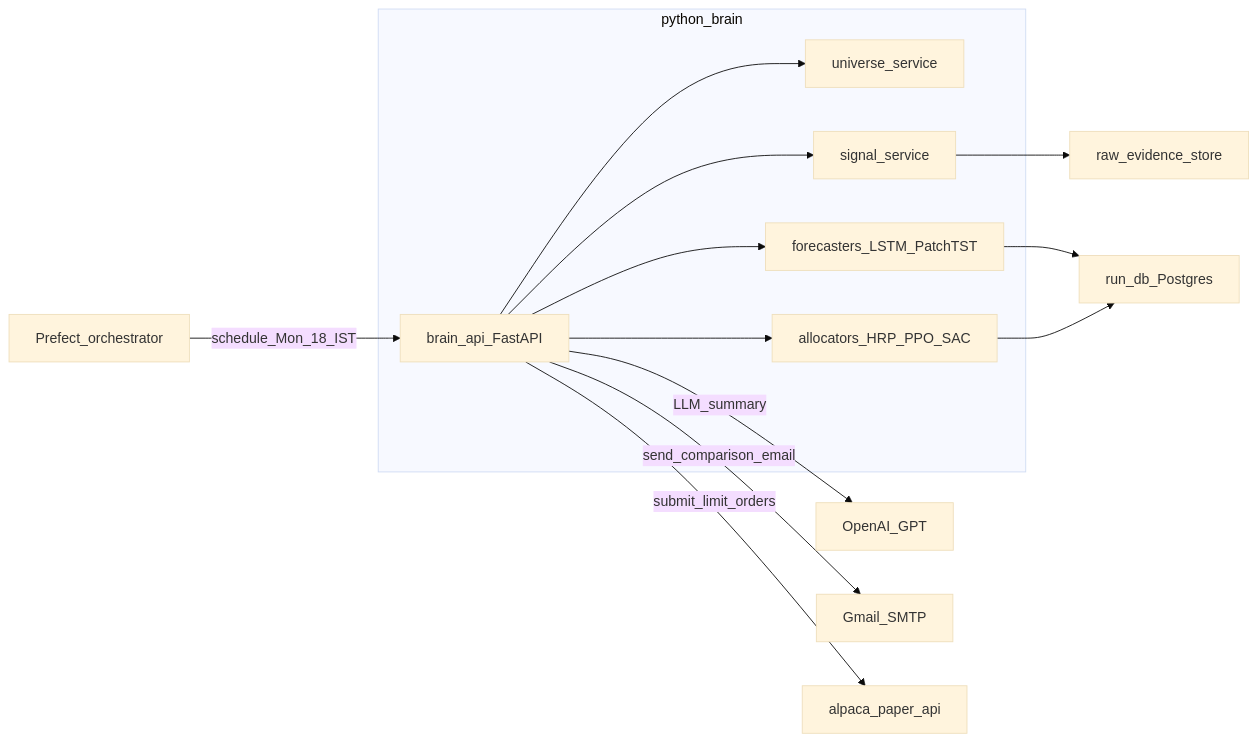
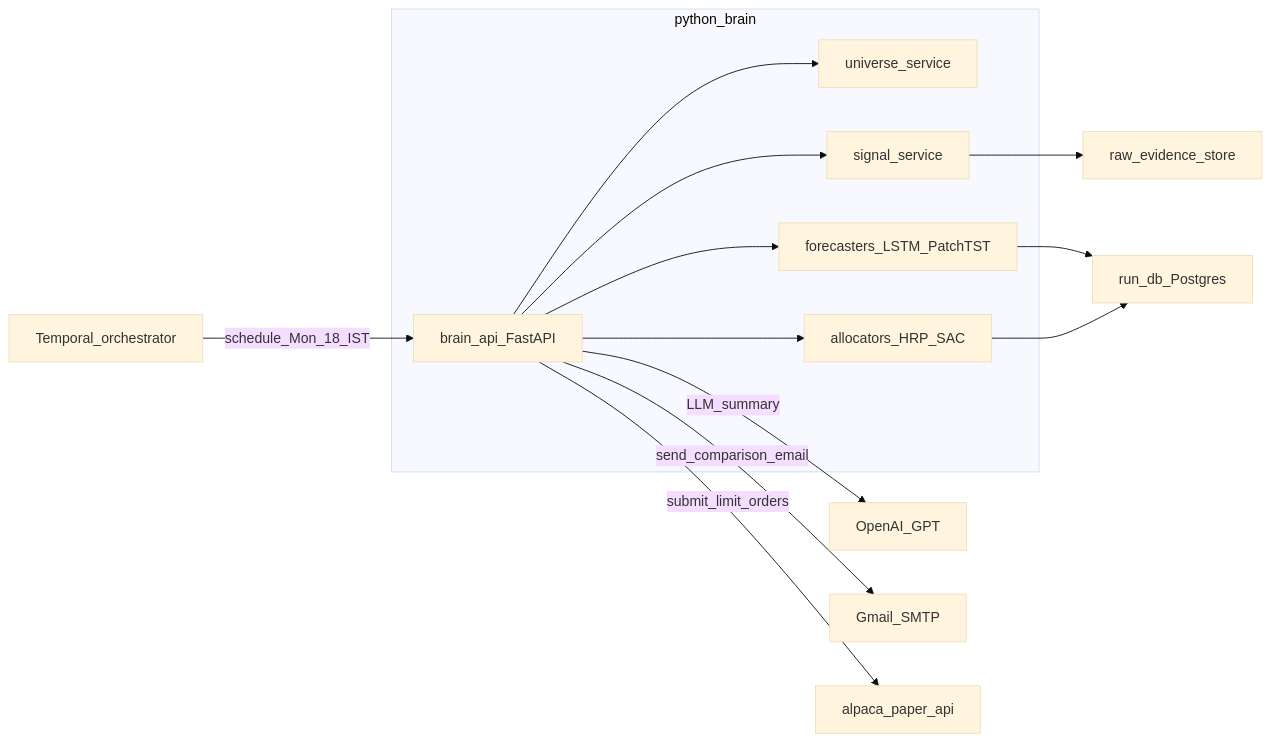
Before and after one commit to hajirazin/LearnFinance-2025: the first of 4 diagrams in README.md, drawn with Mermaid (base theme). The commit also changed other lines of this file and 125 other files, not shown here.

First line of the commit message:
refactor(*): remove PPO/Prefect/n8n, add async training jobs, CAGR promotion gate

````diff
--- a/README.md
+++ b/README.md
@@ -27,19 +26,19 @@
 ```mermaid
 flowchart LR
-  prefect[Prefect_orchestrator] -->|schedule_Mon_18_IST| runApi[brain_api_FastAPI]
+  temporal[Temporal_orchestrator] -->|schedule_Mon_18_IST| runApi[brain_api_FastAPI]
 
   subgraph brain[python_brain]
     runApi --> universe[universe_service]
     runApi --> signals[signal_service]
     runApi --> forecasters[forecasters_LSTM_PatchTST]
-    runApi --> allocators[allocators_HRP_PPO_SAC]
+    runApi --> allocators[allocators_HRP_SAC]
   end
 
   signals --> raw[raw_evidence_store]
   forecasters --> db[run_db_Postgres]
   allocators --> db
 
   runApi -->|LLM_summary| openai[OpenAI_GPT]
   runApi -->|send_comparison_email| email[Gmail_SMTP]
   runApi -->|submit_limit_orders| alpaca[alpaca_paper_api]
 ```
````
